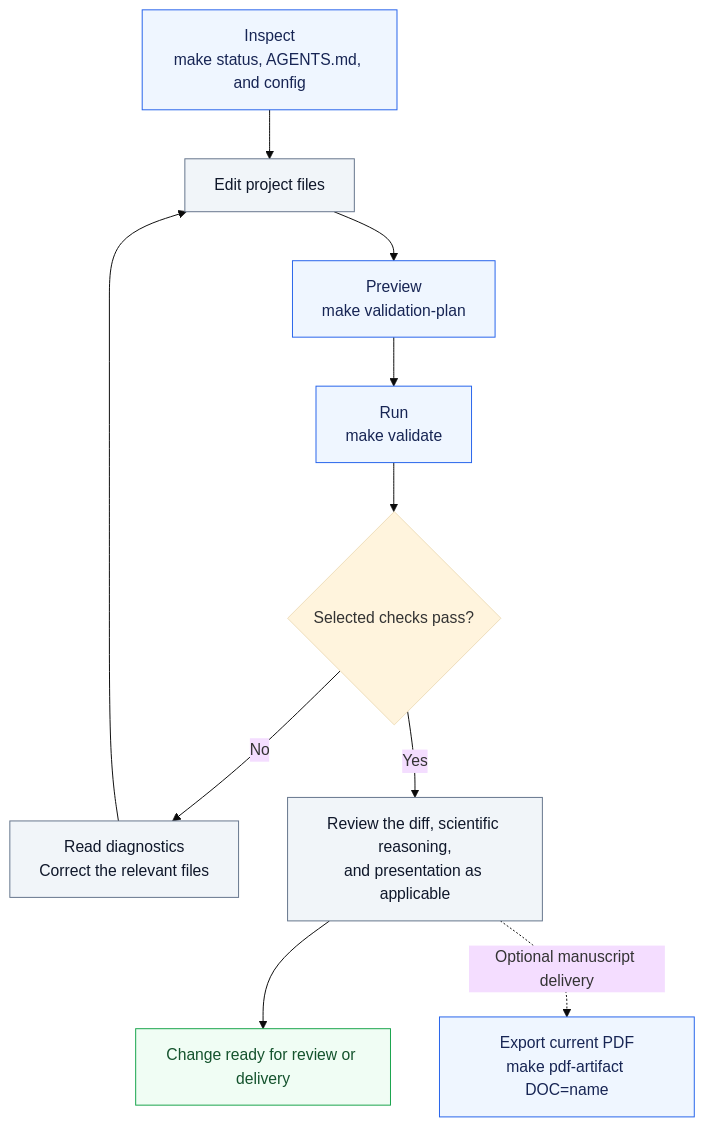
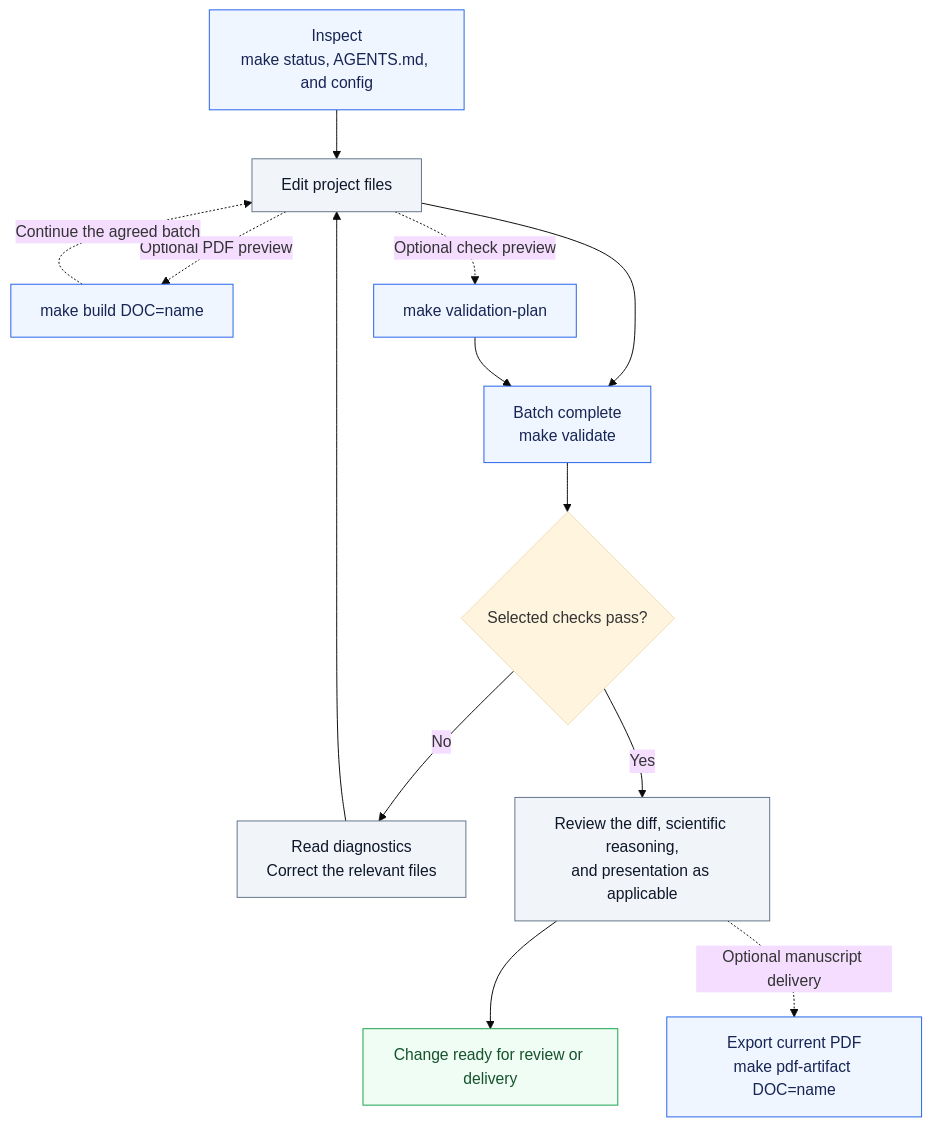
Before and after one commit to milanmradonjic/latex-ai-workbench: the second of 3 diagrams in workbench/docs/workflow.md, drawn with Mermaid (base theme). The commit also changed other lines of this file and 20 other files, not shown here.

````diff
--- a/workbench/docs/workflow.md
+++ b/workbench/docs/workflow.md
@@ -33,18 +33,21 @@
 ```mermaid
 flowchart TD
     inspect["Inspect<br/>make status, AGENTS.md, and config"] --> edit["Edit project files"]
-    edit --> plan["Preview<br/>make validation-plan"]
-    plan --> validate["Run<br/>make validate"]
+    edit --> validate["Batch complete<br/>make validate"]
+    edit -. "Optional PDF preview" .-> preview["make build DOC=name"]
+    preview -. "Continue the agreed batch" .-> edit
+    edit -. "Optional check preview" .-> plan["make validation-plan"]
+    plan --> validate
     validate --> passed{"Selected checks pass?"}
     passed -->|No| diagnose["Read diagnostics<br/>Correct the relevant files"]
     diagnose --> edit
     passed -->|Yes| review["Review the diff, scientific reasoning,<br/>and presentation as applicable"]
     review --> done["Change ready for review or delivery"]
     review -. "Optional manuscript delivery" .-> export["Export current PDF<br/>make pdf-artifact DOC=name"]
     classDef command fill:#eff6ff,stroke:#2563eb,color:#172554
     classDef human fill:#f1f5f9,stroke:#64748b,color:#0f172a
     classDef result fill:#f0fdf4,stroke:#16a34a,color:#14532d
-    class inspect,plan,validate,export command
+    class inspect,preview,plan,validate,export command
     class edit,diagnose,review human
     class done result
 ```
````
